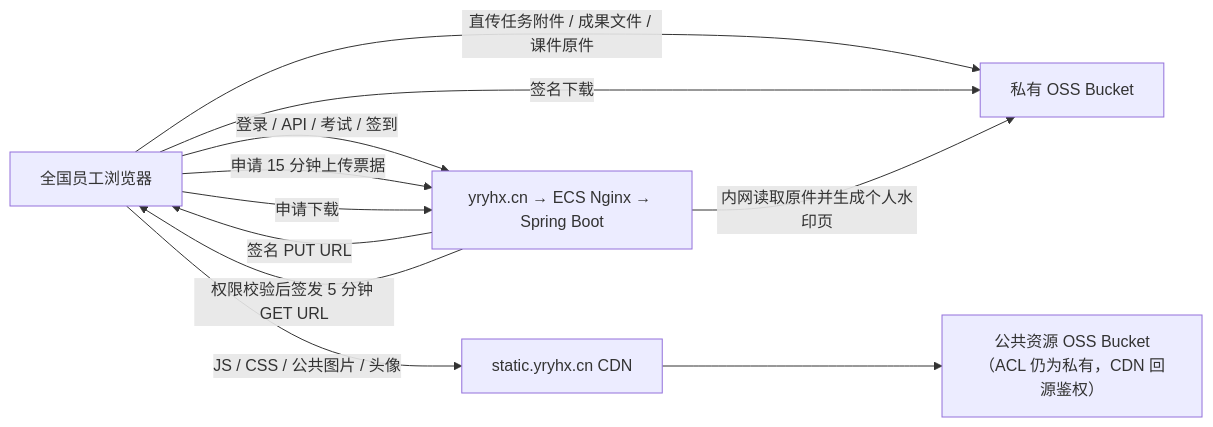
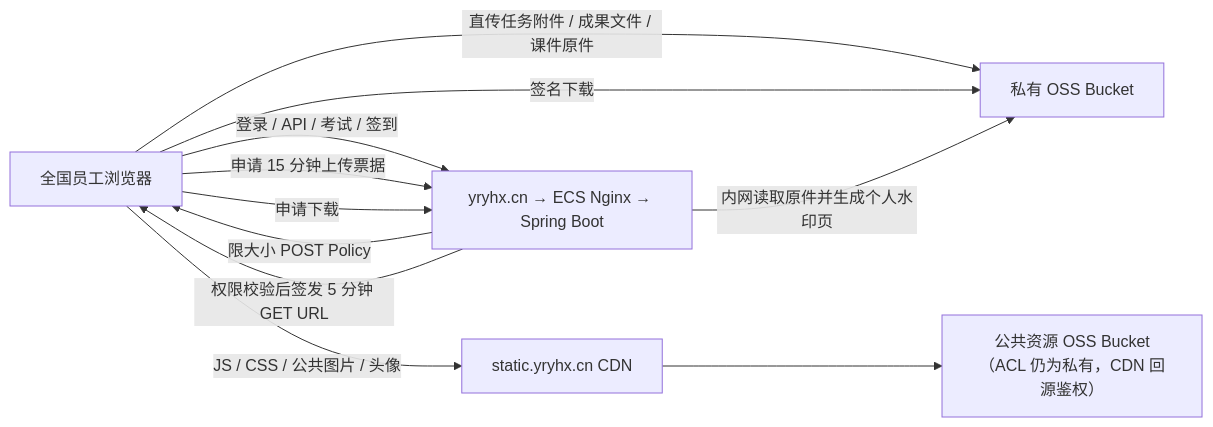
One commit to Heart1ess1/talent-development-platform changed the diagram in docs/aliyun-deployment.md. Above: the diagram before and after it, drawn with Mermaid. The commit also changed other lines of this file and 19 other files, not shown here.

````diff
--- a/docs/aliyun-deployment.md
+++ b/docs/aliyun-deployment.md
@@ -55,13 +55,13 @@
 ```mermaid
 flowchart LR
     U["全国员工浏览器"] -->|"登录 / API / 考试 / 签到"| E["yryhx.cn → ECS Nginx → Spring Boot"]
     U -->|"JS / CSS / 公共图片 / 头像"| C["static.yryhx.cn CDN"]
     C --> P["公共资源 OSS Bucket（ACL 仍为私有，CDN 回源鉴权）"]
     U -->|"申请 15 分钟上传票据"| E
-    E -->|"签名 PUT URL"| U
+    E -->|"限大小 POST Policy"| U
     U -->|"直传任务附件 / 成果文件 / 课件原件"| R["私有 OSS Bucket"]
     U -->|"申请下载"| E
     E -->|"权限校验后签发 5 分钟 GET URL"| U
     U -->|"签名下载"| R
     E -->|"内网读取原件并生成个人水印页"| R
 ```
````
